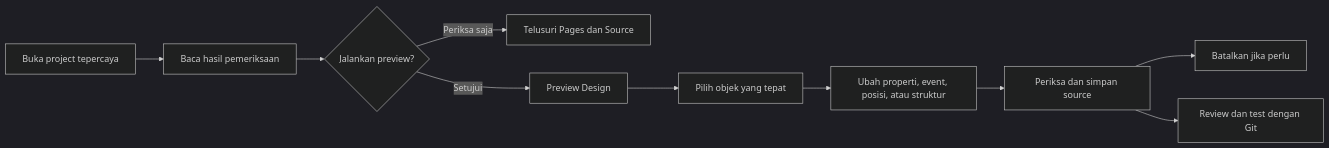
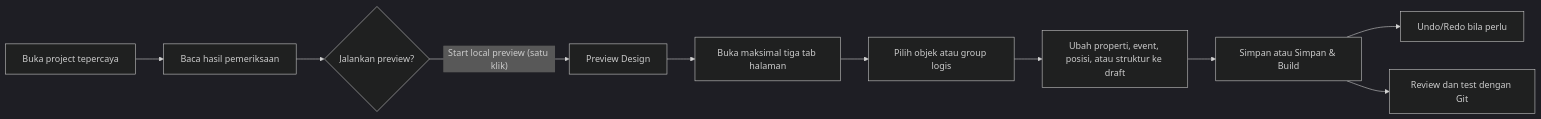
The first of 3 diagrams in docs/USER_GUIDE_ID.md (RaditteAnggoro/react-uiux-tool), drawn with Mermaid (dark theme) before and after one commit. The commit also changed other lines of this file and 40 other files, not shown here.

````diff
--- a/docs/USER_GUIDE_ID.md
+++ b/docs/USER_GUIDE_ID.md
@@ -91,12 +91,12 @@
 ```mermaid
 flowchart LR
   A[Buka project tepercaya] --> B[Baca hasil pemeriksaan]
   B --> C{Jalankan preview?}
-  C -- Periksa saja --> D[Telusuri Pages dan Source]
-  C -- Setujui --> E[Preview Design]
-  E --> F[Pilih objek yang tepat]
-  F --> G[Ubah properti, event, posisi, atau struktur]
-  G --> H[Periksa dan simpan source]
-  H --> I[Batalkan jika perlu]
+  C -- Start local preview (satu klik) --> E[Preview Design]
+  E --> D[Buka maksimal tiga tab halaman]
+  D --> F[Pilih objek atau group logis]
+  F --> G[Ubah properti, event, posisi, atau struktur ke draft]
+  G --> H[Simpan atau Simpan & Build]
+  H --> I[Undo/Redo bila perlu]
   H --> J[Review dan test dengan Git]
 ```
````
